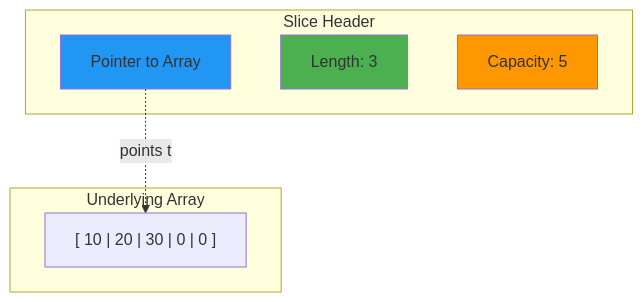
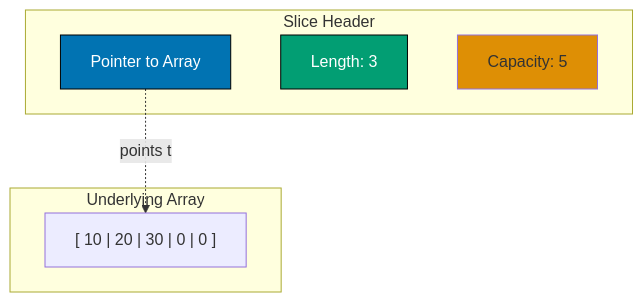
The first of 6 diagrams in docs/tutorials/software-engineering/programming-languages/golang/tu-soen-prla-gola__beginner.md (wahidyankf/open-sharia-enterprise), drawn with Mermaid before and after one commit. The commit also changed other lines of this file and 22 other files, not shown here.

First line of the commit message:
docs(diagrams): ensure all mermaid diagrams use color-blind friendly palette

````diff
--- a/docs/tutorials/software-engineering/programming-languages/golang/tu-soen-prla-gola__beginner.md
+++ b/docs/tutorials/software-engineering/programming-languages/golang/tu-soen-prla-gola__beginner.md
@@ -390,18 +395,18 @@
 ```mermaid
 graph TD
     subgraph "Slice Header"
         ptr[Pointer to Array]
         len[Length: 3]
         cap[Capacity: 5]
     end
 
     subgraph "Underlying Array"
         arr["[ 10 | 20 | 30 | 0 | 0 ]"]
     end
 
     ptr -.points to.-> arr
 
-    style ptr fill:#2196F3
-    style len fill:#4CAF50
-    style cap fill:#FF9800
+    style ptr fill:#0173B2,stroke:#000000,color:#FFFFFF
+    style len fill:#029E73,stroke:#000000,color:#FFFFFF
+    style cap fill:#DE8F05
 ```
````
